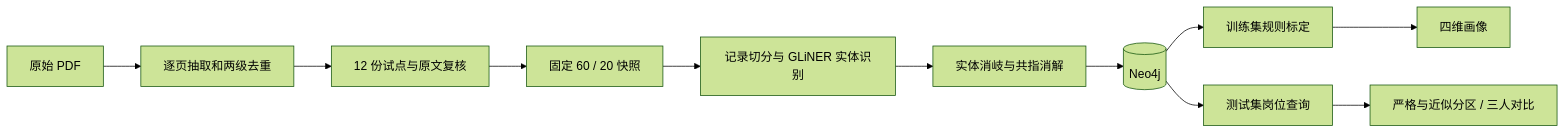
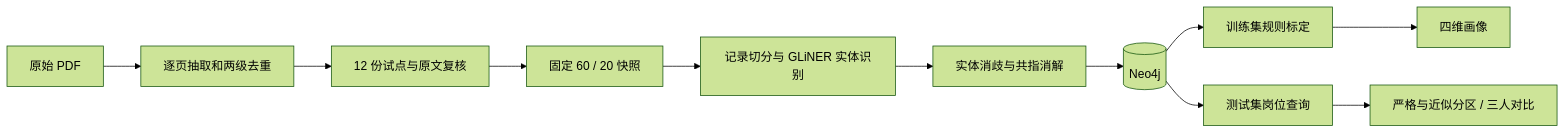
Before and after one commit to ARMANDSnow/hw2-resume-knowledge-graph: the diagram in docs/技术说明文档.md, drawn with Mermaid (forest theme). The commit also changed other lines of this file and 19 other files, not shown here.

Commit message:
Redesign the resume graph workspace around six linked views

````diff
--- a/docs/技术说明文档.md
+++ b/docs/技术说明文档.md
@@ -11,13 +11,13 @@
 ```mermaid
 flowchart LR
     A[原始 PDF] --> B[逐页抽取和两级去重]
     B --> C[12 份试点与原文复核]
     C --> D[固定 60 / 20 快照]
     D --> E[记录切分与 GLiNER 实体识别]
-    E --> F[实体消岐与共指消解]
+    E --> F[实体消歧与共指消解]
     F --> G[(Neo4j)]
     G --> H[训练集规则标定]
     H --> I[四维画像]
     G --> J[测试集岗位查询]
     J --> K[严格与近似分区 / 三人对比]
 ```
````
